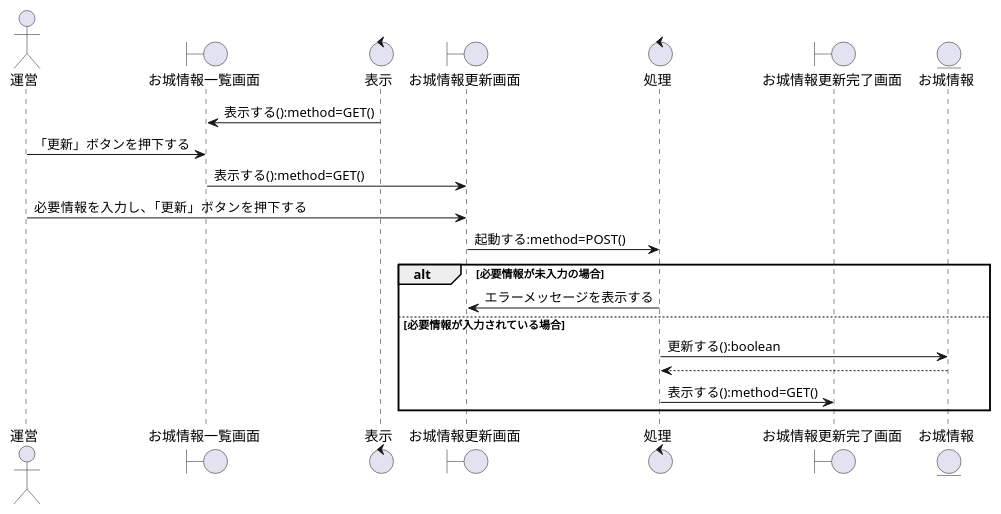
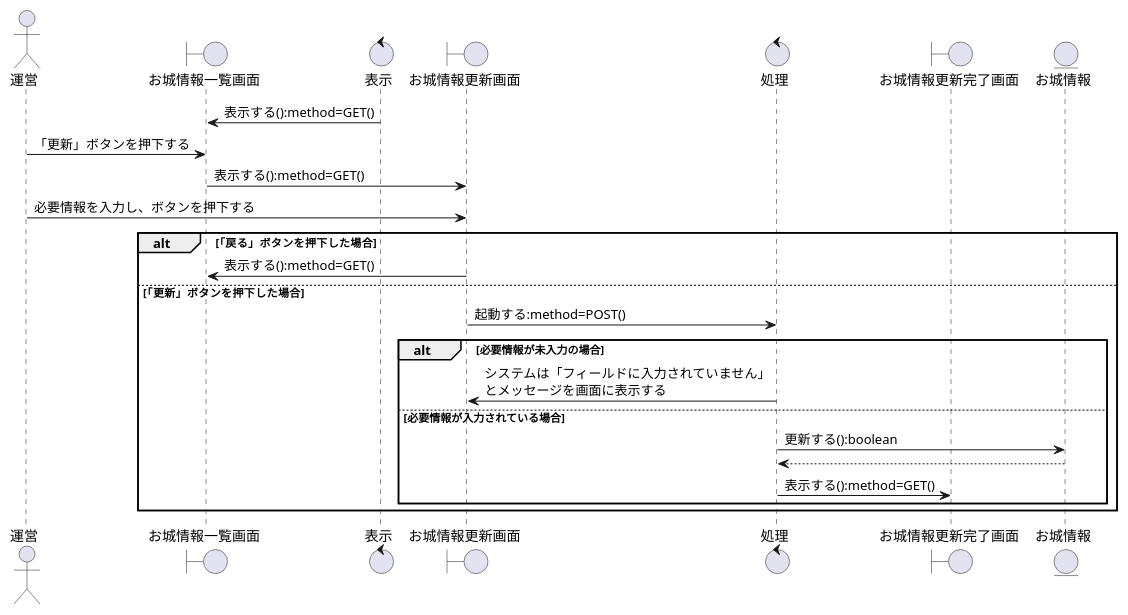
The diagram in お城/お城/設計書/シーケンス図/運営/お城情報機能/シーケンス図_運営がお城情報を更新する.pu (K-Rinrin/GroupE), drawn with PlantUML before and after one commit. The commit also changed 11 other files, not shown here.

```diff
--- a/お城/お城/設計書/シーケンス図/運営/お城情報機能/シーケンス図_運営がお城情報を更新する.pu
+++ b/お城/お城/設計書/シーケンス図/運営/お城情報機能/シーケンス図_運営がお城情報を更新する.pu
@@ -1,33 +1,36 @@
 @startuml 運営がお城情報の更新をする
 
 
 ' ========================================
 ' 登場モノの定義
 ' ========================================
 actor "運営" as Operator
 boundary "お城情報一覧画面" as b1
 control "表示" as c1
 boundary "お城情報更新画面" as b2
 control "処理" as c2
 boundary "お城情報更新完了画面" as b3
 entity "お城情報" as e1
 
 ' ========================================
 ' シーケンスの流れ
 ' ========================================
 
 c1 -> b1 : 表示する():method=GET()
 Operator -> b1 : 「更新」ボタンを押下する
 b1 -> b2 : 表示する():method=GET()
-Operator -> b2 : 必要情報を入力し、「更新」ボタンを押下する
-b2 -> c2 : 起動する:method=POST()
-
-alt 必要情報が未入力の場合
-    c2 -> b2 : エラーメッセージを表示する
-else 必要情報が入力されている場合
-    c2 -> e1 : 更新する():boolean
-    e1 --> c2
-    c2 -> b3: 表示する():method=GET()
+Operator -> b2 : 必要情報を入力し、ボタンを押下する
+alt 「戻る」ボタンを押下した場合
+    b2 -> b1 : 表示する():method=GET()
+else 「更新」ボタンを押下した場合
+    b2 -> c2 : 起動する:method=POST()
+    alt 必要情報が未入力の場合
+        c2 -> b2 : システムは「フィールドに入力されていません」\nとメッセージを画面に表示する
+    else 必要情報が入力されている場合
+        c2 -> e1 : 更新する():boolean
+        e1 --> c2
+        c2 -> b3: 表示する():method=GET()
+    end
 end
 
 @enduml
```
